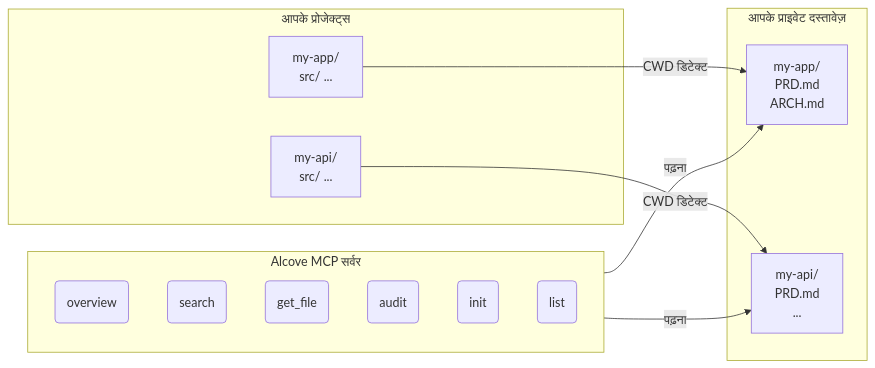
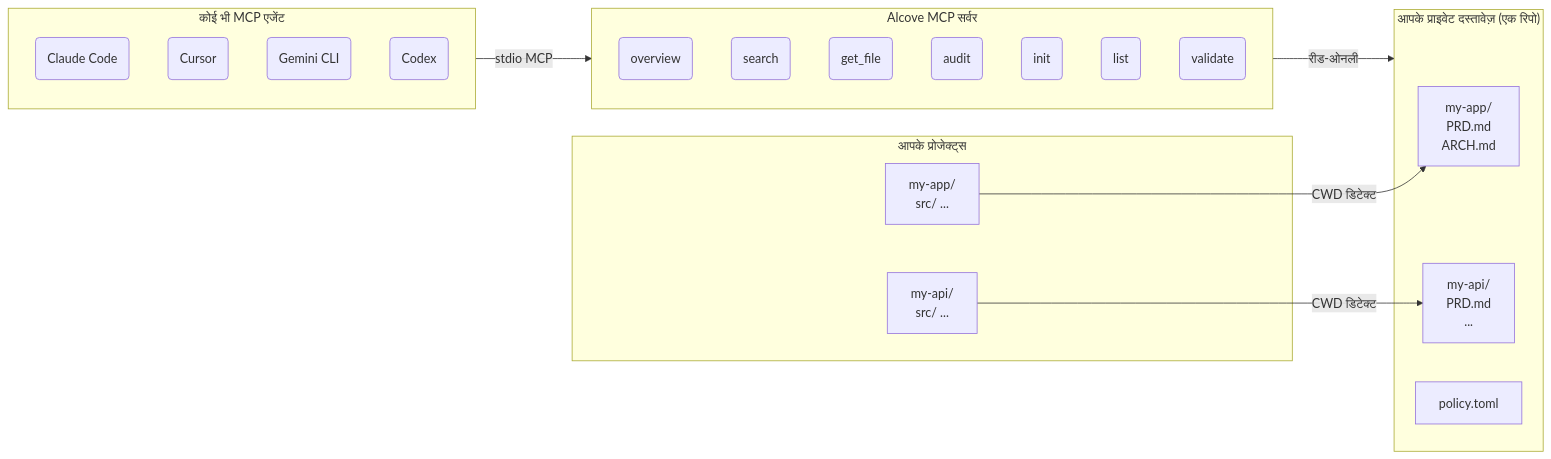
One commit to redxzeta/Icecove changed the diagram in docs/README.hi.md. Above: the diagram before and after it, drawn with Mermaid. The commit also changed other lines of this file and 9 other files, not shown here.

````diff
--- a/docs/README.hi.md
+++ b/docs/README.hi.md
@@ -77,26 +106,35 @@
 ```mermaid
 flowchart LR
     subgraph Projects["आपके प्रोजेक्ट्स"]
         A1["my-app/\n  src/ ..."]
         A2["my-api/\n  src/ ..."]
     end
 
-    subgraph Docs["आपके प्राइवेट दस्तावेज़"]
+    subgraph Docs["आपके प्राइवेट दस्तावेज़ (एक रिपो)"]
         D1["my-app/\n  PRD.md\n  ARCH.md"]
         D2["my-api/\n  PRD.md\n  ..."]
+        P1["policy.toml"]
+    end
+
+    subgraph Agents["कोई भी MCP एजेंट"]
+        AG1(Claude Code)
+        AG2(Cursor)
+        AG3(Gemini CLI)
+        AG4(Codex)
     end
 
     subgraph MCP["Alcove MCP सर्वर"]
         T1(overview)
         T2(search)
         T3(get_file)
         T4(audit)
         T5(init)
         T6(list)
+        T7(validate)
     end
 
     A1 -- "CWD डिटेक्ट" --> D1
     A2 -- "CWD डिटेक्ट" --> D2
-    MCP -- "पढ़ना" --> D1
-    MCP -- "पढ़ना" --> D2
+    Agents -- "stdio MCP" --> MCP
+    MCP -- "रीड-ओनली" --> Docs
 ```
````
